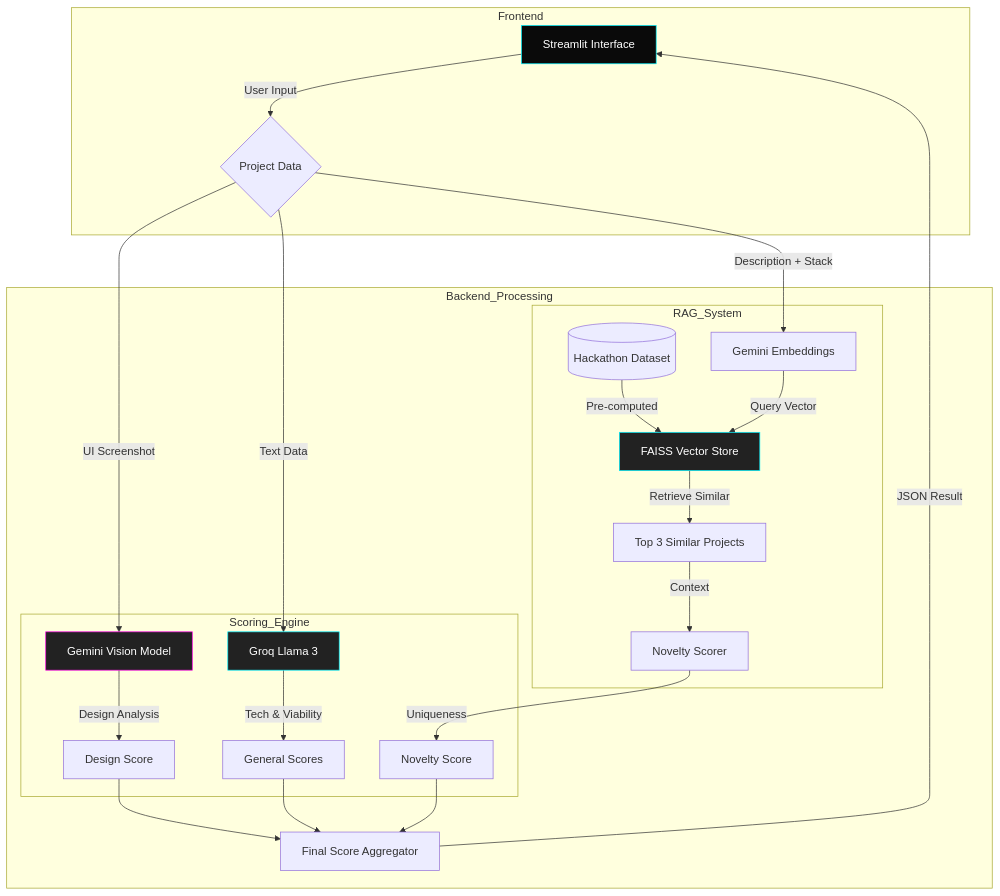
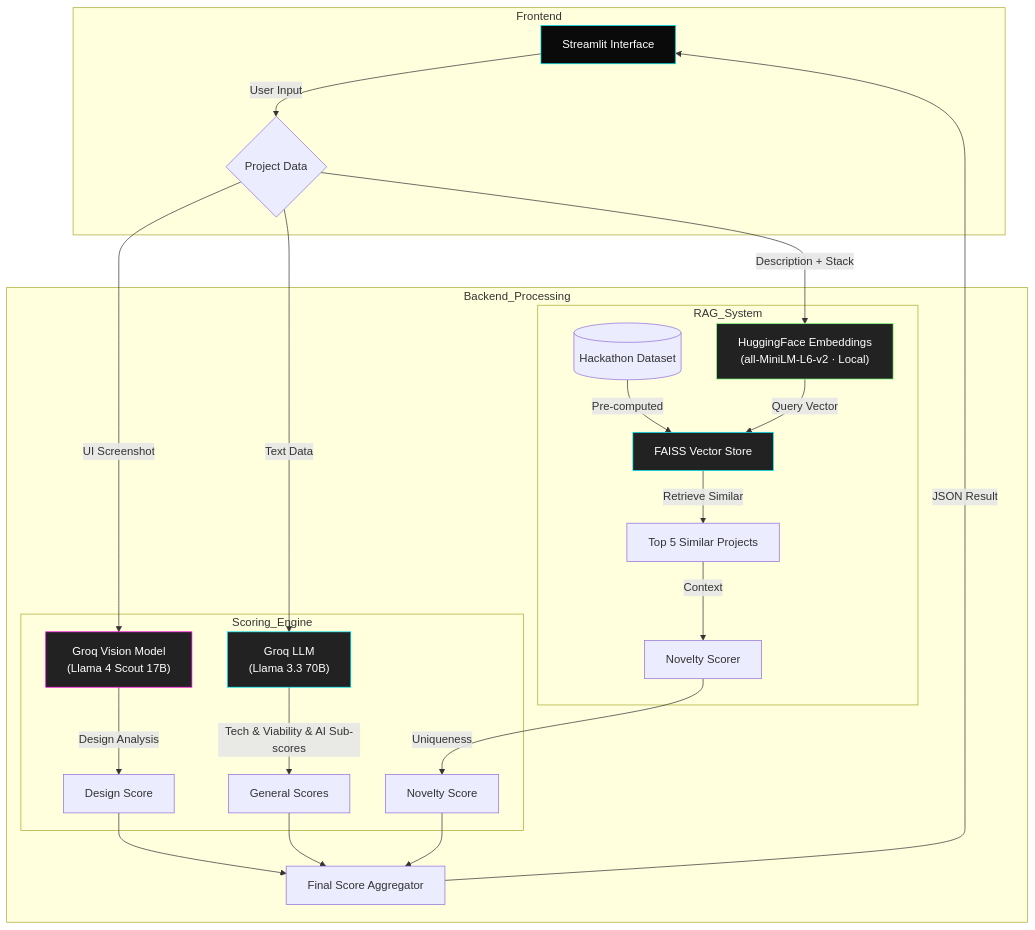
One commit to kkadapa/Shishou changed the diagram in README.md. Above: the diagram before and after it, drawn with Mermaid. The commit also changed 1 other file, not shown here.

Commit message:
updated mermaid diagram to reflect groq

````diff
--- a/README.md
+++ b/README.md
@@ -112,36 +112,37 @@
 ```mermaid
 graph TD
     subgraph Frontend
         UI[Streamlit Interface] -->|User Input| Inputs{Project Data}
         style UI fill:#0A0A0A,stroke:#00F2FF,color:#fff
     end
 
     subgraph Backend_Processing
-        Inputs -->|Description + Stack| Embed[Gemini Embeddings]
-        Inputs -->|UI Screenshot| Vision[Gemini Vision Model]
-        Inputs -->|Text Data| LLM[Groq Llama 3]
+        Inputs -->|Description + Stack| Embed["HuggingFace Embeddings\n(all-MiniLM-L6-v2 · Local)"]
+        Inputs -->|UI Screenshot| Vision["Groq Vision Model\n(Llama 4 Scout 17B)"]
+        Inputs -->|Text Data| LLM["Groq LLM\n(Llama 3.3 70B)"]
 
         subgraph RAG_System
             DB[(Hackathon Dataset)] -->|Pre-computed| Index[FAISS Vector Store]
             Embed -->|Query Vector| Index
-            Index -->|Retrieve Similar| Sims[Top 3 Similar Projects]
+            Index -->|Retrieve Similar| Sims[Top 5 Similar Projects]
             Sims -->|Context| NovCalc[Novelty Scorer]
         end
 
         subgraph Scoring_Engine
             Vision -->|Design Analysis| S_Des[Design Score]
-            LLM -->|Tech & Viability| S_Gen[General Scores]
+            LLM -->|Tech & Viability & AI Sub-scores| S_Gen[General Scores]
             NovCalc -->|Uniqueness| S_Nov[Novelty Score]
         end
 
         S_Des --> Aggregator[Final Score Aggregator]
         S_Gen --> Aggregator
         S_Nov --> Aggregator
     end
 
     Aggregator -->|JSON Result| UI
-    
+
+    style Embed fill:#222,stroke:#7CFF7C,color:#fff
     style Vision fill:#222,stroke:#FF00E5,color:#fff
     style LLM fill:#222,stroke:#00F2FF,color:#fff
     style Index fill:#222,stroke:#00F2FF,color:#fff
 ```
````
